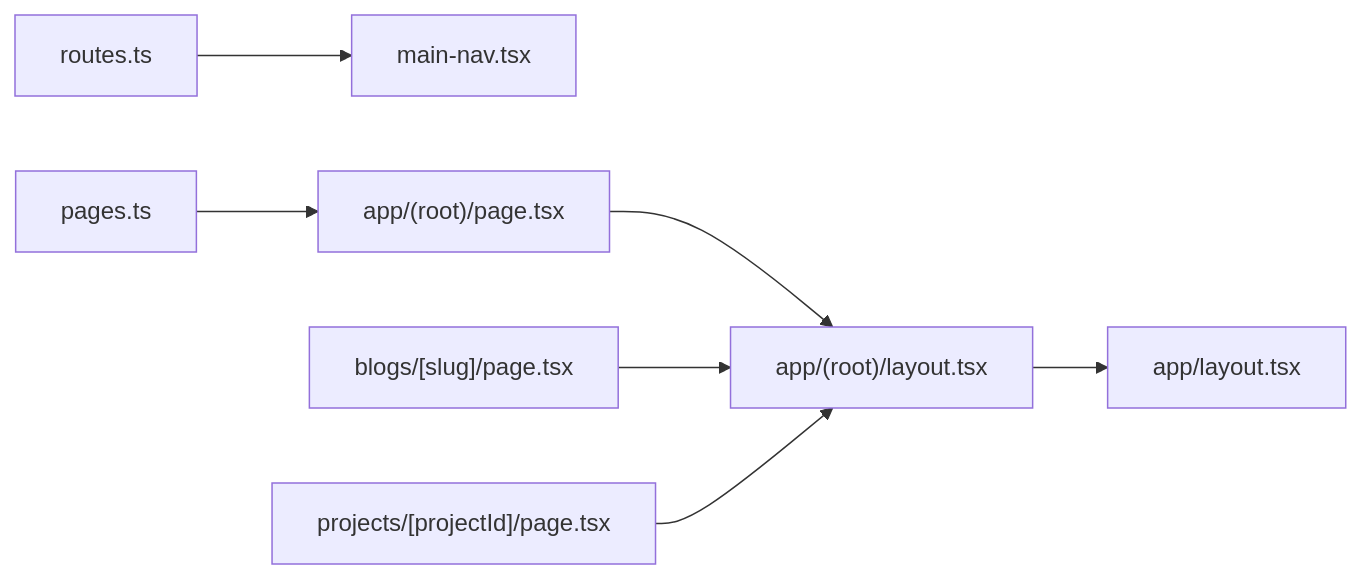
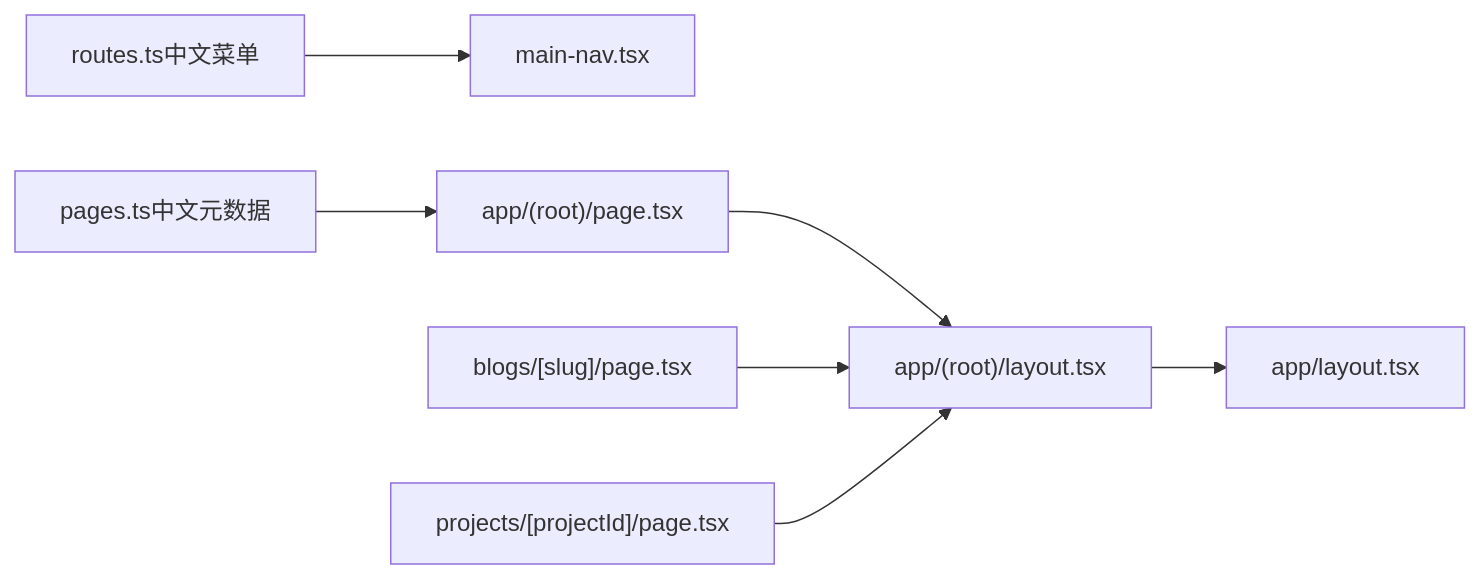
One commit to florianjsun/next-portfolio changed the sixth of 6 diagrams in .qoder/repowiki/zh/content/配置指南/路由配置.md. Above: the diagram before and after it, drawn with Mermaid. The commit also changed other lines of this file and 10 other files, not shown here.

````diff
--- a/.qoder/repowiki/zh/content/配置指南/路由配置.md
+++ b/.qoder/repowiki/zh/content/配置指南/路由配置.md
@@ -210,9 +216,9 @@
 ```mermaid
 graph LR
-R["routes.ts"] --> N["main-nav.tsx"]
-P["pages.ts"] --> Home["app/(root)/page.tsx"]
+R["routes.ts中文菜单"] --> N["main-nav.tsx"]
+P["pages.ts中文元数据"] --> Home["app/(root)/page.tsx"]
 Home --> L["app/(root)/layout.tsx"]
 L --> Root["app/layout.tsx"]
 BS["blogs/[slug]/page.tsx"] --> L
 PS["projects/[projectId]/page.tsx"] --> L
 ```
````
